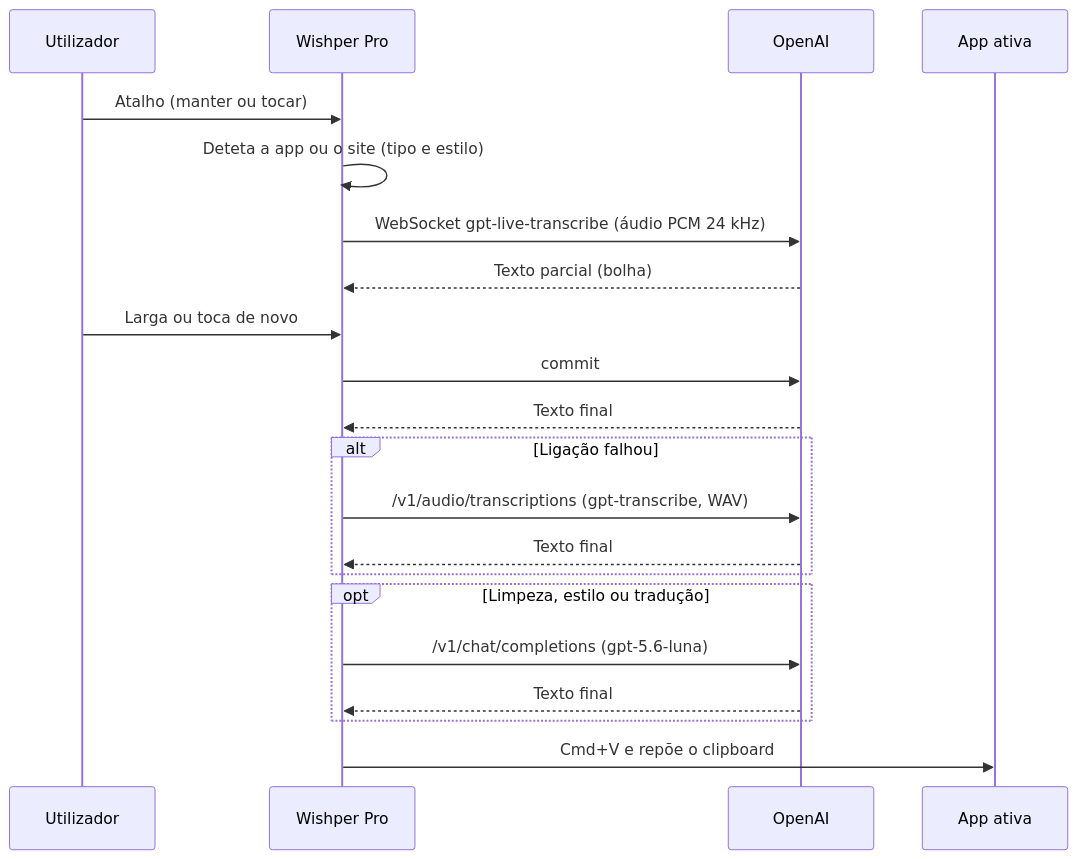
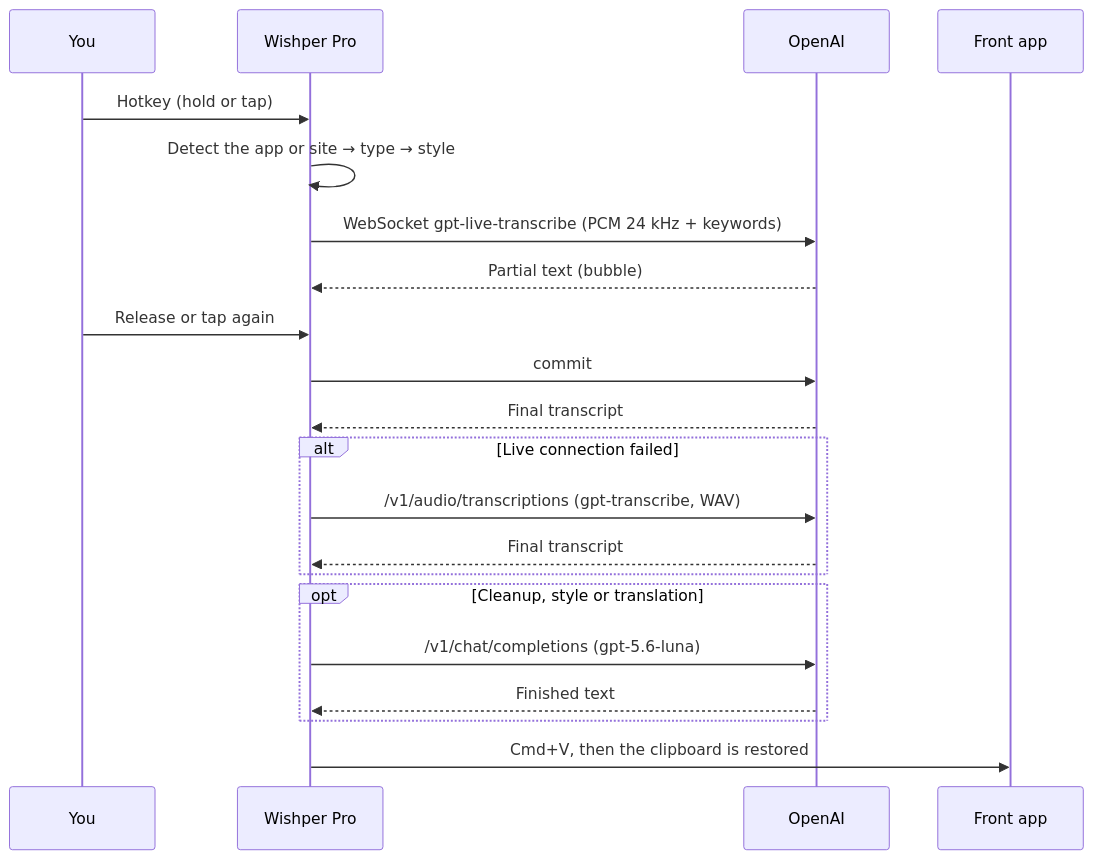
Before and after one commit to pixelhunter1/wishper-pro-labs: the diagram in README.md, drawn with Mermaid. The commit also changed other lines of this file and 4 other files, not shown here.

````diff
--- a/README.md
+++ b/README.md
@@ -21,24 +47,24 @@
 ```mermaid
 sequenceDiagram
-    participant U as Utilizador
+    participant U as You
     participant A as Wishper Pro
     participant O as OpenAI
-    participant M as App ativa
+    participant M as Front app
 
-    U->>A: Atalho (manter ou tocar)
-    A->>A: Deteta a app ou o site (tipo e estilo)
-    A->>O: WebSocket gpt-live-transcribe (áudio PCM 24 kHz)
-    O-->>A: Texto parcial (bolha)
-    U->>A: Larga ou toca de novo
+    U->>A: Hotkey (hold or tap)
+    A->>A: Detect the app or site → type → style
+    A->>O: WebSocket gpt-live-transcribe (PCM 24 kHz + keywords)
+    O-->>A: Partial text (bubble)
+    U->>A: Release or tap again
     A->>O: commit
-    O-->>A: Texto final
-    alt Ligação falhou
+    O-->>A: Final transcript
+    alt Live connection failed
         A->>O: /v1/audio/transcriptions (gpt-transcribe, WAV)
-        O-->>A: Texto final
+        O-->>A: Final transcript
     end
-    opt Limpeza, estilo ou tradução
+    opt Cleanup, style or translation
         A->>O: /v1/chat/completions (gpt-5.6-luna)
-        O-->>A: Texto final
+        O-->>A: Finished text
     end
-    A->>M: Cmd+V e repõe o clipboard
+    A->>M: Cmd+V, then the clipboard is restored
 ```
````
